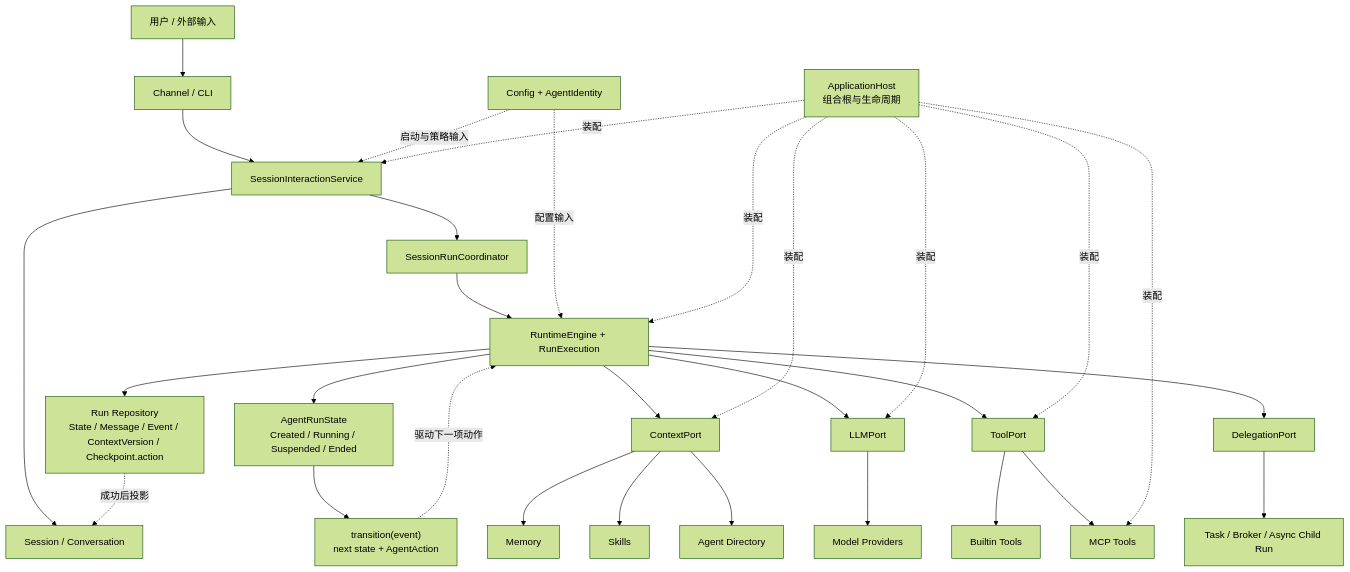
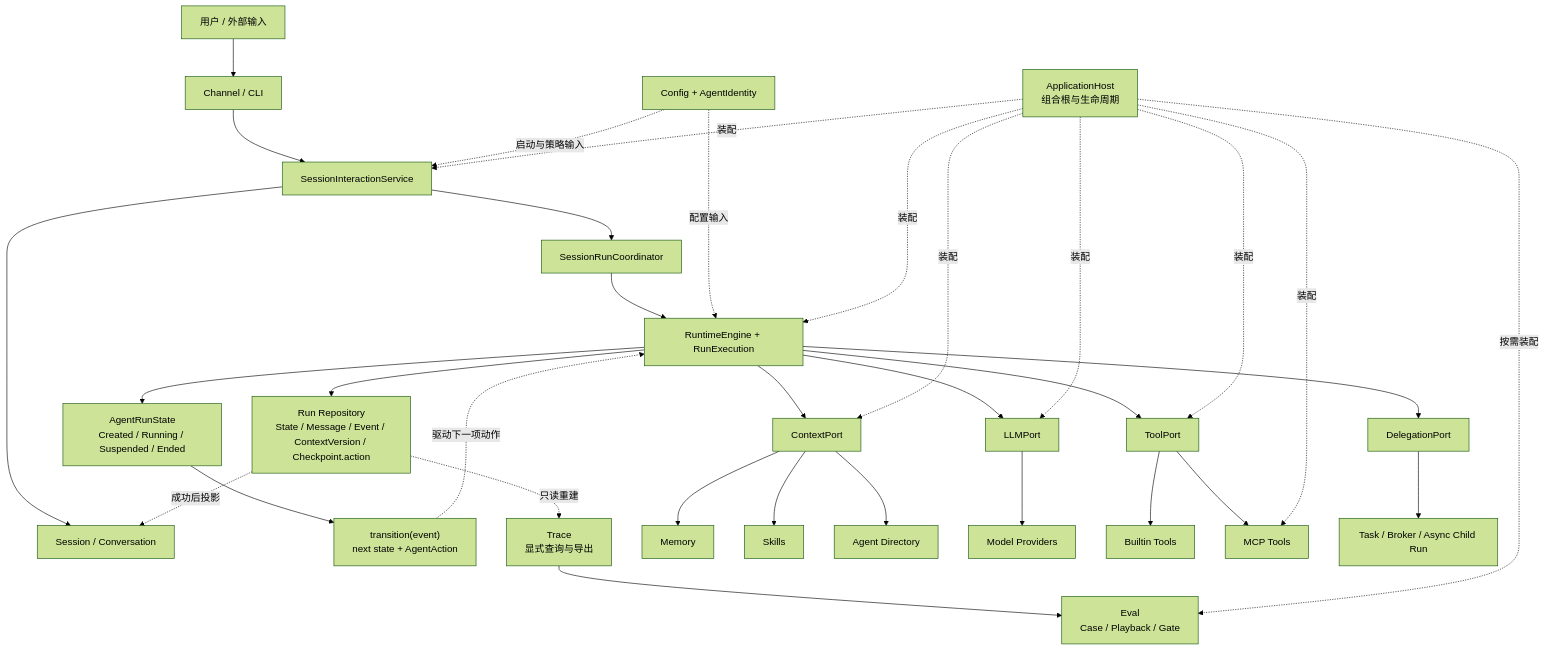
Before and after one commit to aandbcct/dotClaw: the first of 2 diagrams in README.md, drawn with Mermaid (forest theme). The commit also changed other lines of this file and 2 other files, not shown here.

Commit message:
wiki(eval): 更新了eval模块的wiki和readme

````diff
--- a/README.md
+++ b/README.md
@@ -38,39 +38,42 @@
 ```mermaid
 flowchart TB
     User["用户 / 外部输入"] --> Channel["Channel / CLI"]
     Channel --> App["SessionInteractionService"]
     App --> Session["Session / Conversation"]
     App --> Coordinator["SessionRunCoordinator"]
     Coordinator --> Runtime["RuntimeEngine + RunExecution"]
 
     Config["Config + AgentIdentity"] -.启动与策略输入.-> App
     Config -.配置输入.-> Runtime
 
     Runtime --> State["AgentRunState<br/>Created / Running / Suspended / Ended"]
     State --> Transition["transition(event)<br/>next state + AgentAction"]
     Transition -.驱动下一项动作.-> Runtime
 
     Runtime --> Context["ContextPort"]
     Runtime --> LLM["LLMPort"]
     Runtime --> Tool["ToolPort"]
     Runtime --> Delegation["DelegationPort"]
     Runtime --> Facts["Run Repository<br/>State / Message / Event / ContextVersion / Checkpoint.action"]
+    Facts -.只读重建.-> Trace["Trace<br/>显式查询与导出"]
+    Trace --> Eval["Eval<br/>Case / Playback / Gate"]
 
     Context --> Memory["Memory"]
     Context --> Skills["Skills"]
     Context --> AgentDir["Agent Directory"]
 
     LLM --> Providers["Model Providers"]
     Tool --> Builtin["Builtin Tools"]
     Tool --> MCP["MCP Tools"]
     Delegation --> Orchestration["Task / Broker / Async Child Run"]
 
     Facts -.成功后投影.-> Session
 
     Host["ApplicationHost<br/>组合根与生命周期"] -.装配.-> App
     Host -.装配.-> Runtime
     Host -.装配.-> Context
     Host -.装配.-> LLM
     Host -.装配.-> Tool
     Host -.装配.-> MCP
+    Host -.按需装配.-> Eval
 ```
````
